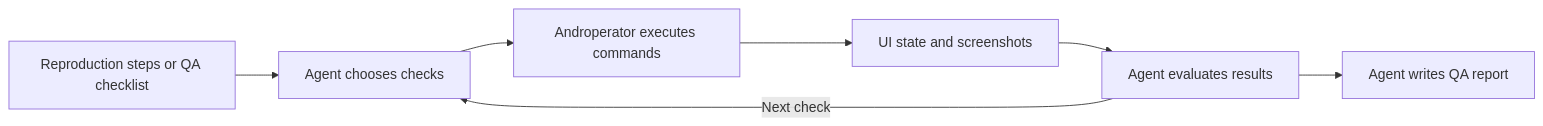
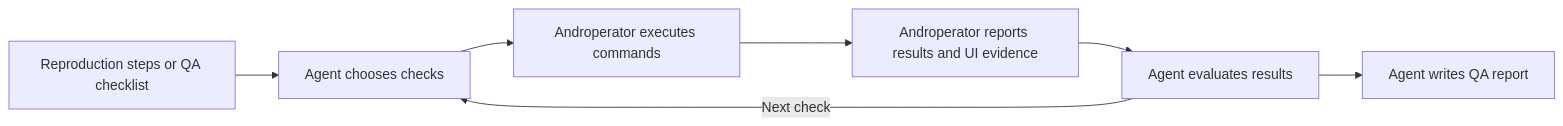
The second of 3 diagrams in README.md (androperator/androperator), drawn with Mermaid before and after one commit. The commit also changed other lines of this file and 1 other file, not shown here.

````diff
--- a/README.md
+++ b/README.md
@@ -72,11 +77,11 @@
 ```mermaid
 flowchart LR
     accTitle: From a fix to a QA report
     accDescr: The agent chooses checks from reproduction steps or a QA checklist. Androperator executes its commands and returns evidence. The agent evaluates the results and writes a report.
     A[Reproduction steps or QA checklist] --> B[Agent chooses checks]
     B --> C[Androperator executes commands]
-    C --> D[UI state and screenshots]
+    C --> D[Androperator reports results and UI evidence]
     D --> E[Agent evaluates results]
     E -->|Next check| B
     E --> F[Agent writes QA report]
 ```
````
